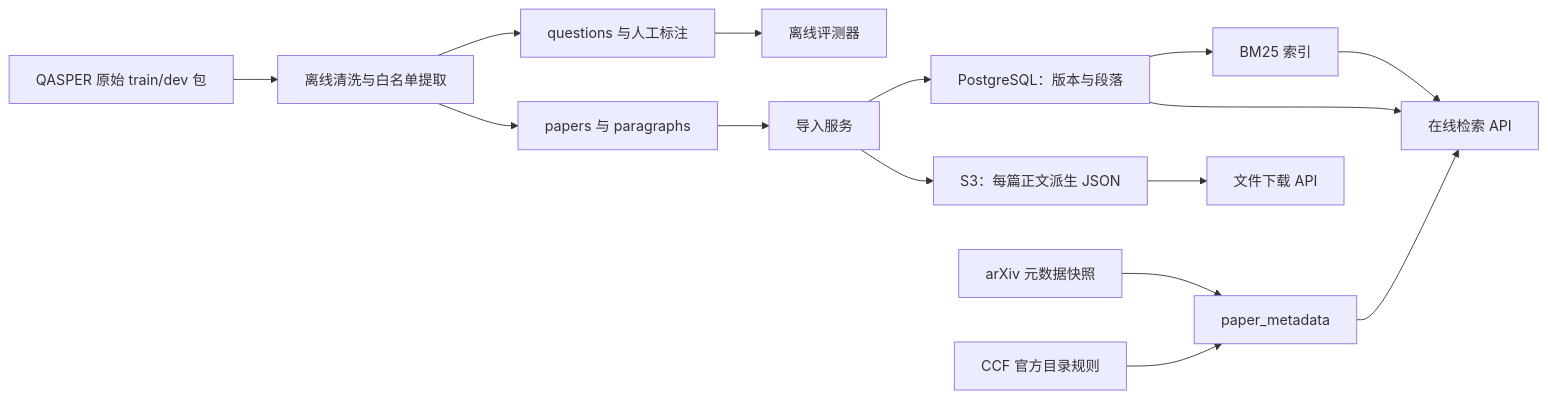
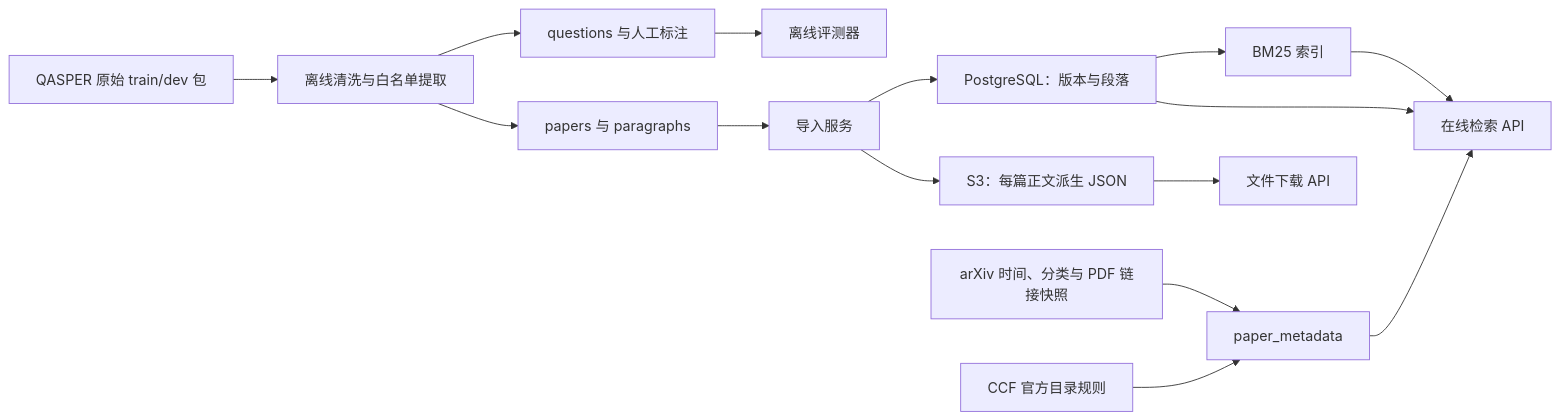
The first of 3 diagrams in docs/架构选型与数据流.md (12345XL/Academic-Research-Assistant-Agent), drawn with Mermaid before and after one commit. The commit also changed other lines of this file and 27 other files, not shown here.

````diff
--- a/docs/架构选型与数据流.md
+++ b/docs/架构选型与数据流.md
@@ -94,17 +94,17 @@
 ```mermaid
 flowchart LR
     R[QASPER 原始 train/dev 包] --> C[离线清洗与白名单提取]
     C --> T[papers 与 paragraphs]
     C --> G[questions 与人工标注]
-    X[arXiv 元数据快照] --> M[paper_metadata]
+    X[arXiv 时间、分类与 PDF 链接快照] --> M[paper_metadata]
     F[CCF 官方目录规则] --> M
     G --> E[离线评测器]
     T --> I[导入服务]
     I --> S[S3：每篇正文派生 JSON]
     I --> P[PostgreSQL：版本与段落]
     P --> B[BM25 索引]
     B --> A[在线检索 API]
     P --> A
     M --> A
     S --> D[文件下载 API]
 ```
````
